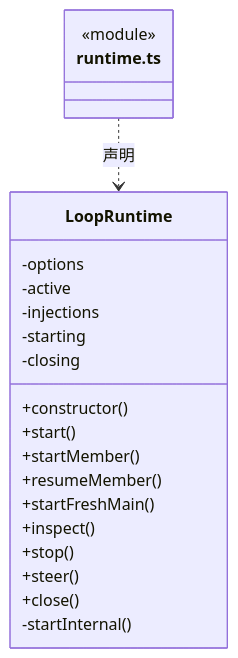
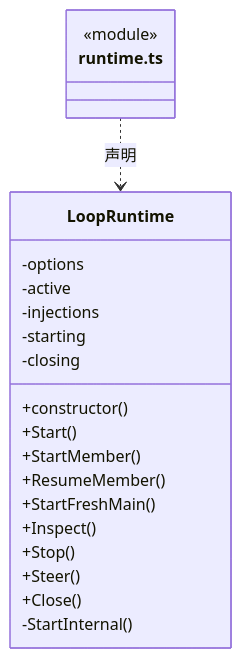
The third of 3 diagrams in src/logic/execution/rules/runtime/ARCHITECTURE.md (nan023062/cbim), drawn with Mermaid before and after one commit. The commit also changed other lines of this file and 1035 other files, not shown here.

````diff
--- a/src/logic/execution/rules/runtime/ARCHITECTURE.md
+++ b/src/logic/execution/rules/runtime/ARCHITECTURE.md
@@ -93,24 +93,24 @@
 ```mermaid
 classDiagram
 class N_src_logic_execution_rules_runtime_runtime_ts["runtime.ts"] {
   <<module>>
 }
 class N_src_logic_execution_rules_runtime_runtime_ts_LoopRuntime["LoopRuntime"] {
   +constructor()
-  +start()
-  +startMember()
-  +resumeMember()
-  +startFreshMain()
-  +inspect()
-  +stop()
-  +steer()
-  +close()
+  +Start()
+  +StartMember()
+  +ResumeMember()
+  +StartFreshMain()
+  +Inspect()
+  +Stop()
+  +Steer()
+  +Close()
   -options
   -active
   -injections
   -starting
   -closing
-  -startInternal()
+  -StartInternal()
 }
 N_src_logic_execution_rules_runtime_runtime_ts ..> N_src_logic_execution_rules_runtime_runtime_ts_LoopRuntime : 声明
 ```
````
